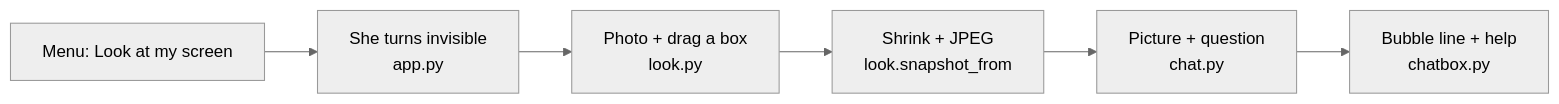
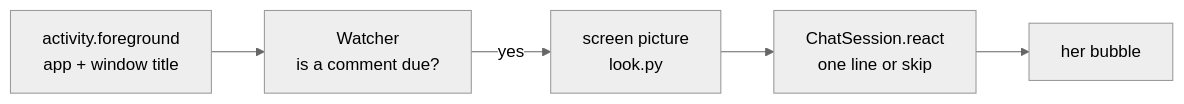
One commit to MuizKmz/deskmate changed the second of 3 diagrams in TUTORIAL.md. Above: the diagram before and after it, drawn with Mermaid (neutral theme). The commit also changed other lines of this file and 10 other files, not shown here.

Commit message:
Claude chat brain + buddy mode: she watches with you

````diff
--- a/TUTORIAL.md
+++ b/TUTORIAL.md
@@ -404,8 +404,7 @@
 ```mermaid
 flowchart LR
-    A[Menu: Look at my screen] --> B[She turns invisible<br/>app.py]
-    B --> C[Photo + drag a box<br/>look.py]
-    C --> D[Shrink + JPEG<br/>look.snapshot_from]
-    D --> E[Picture + question<br/>chat.py]
-    E --> F[Bubble line + help<br/>chatbox.py]
+    A[activity.foreground<br/>app + window title] --> B[Watcher<br/>is a comment due?]
+    B -->|yes| C[screen picture<br/>look.py]
+    C --> D[ChatSession.react<br/>one line or skip]
+    D --> E[her bubble]
 ```
````
